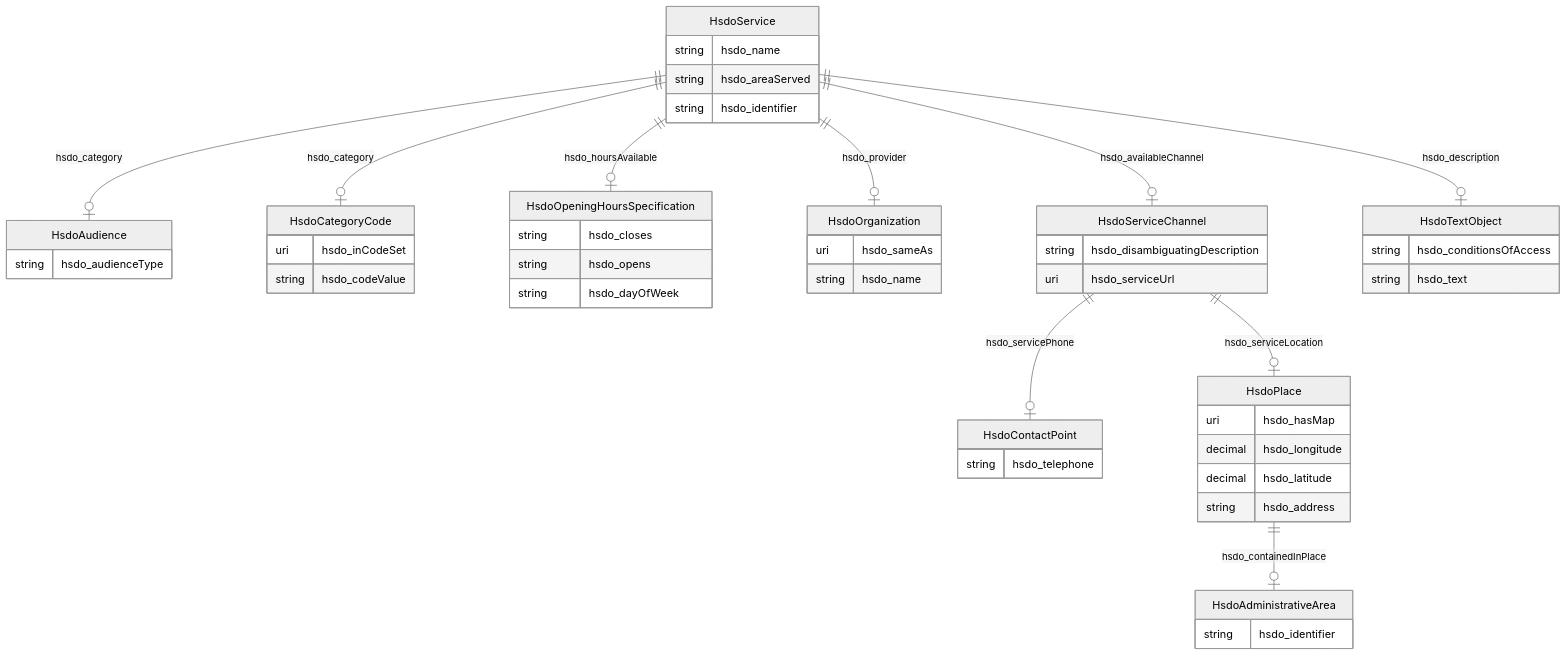
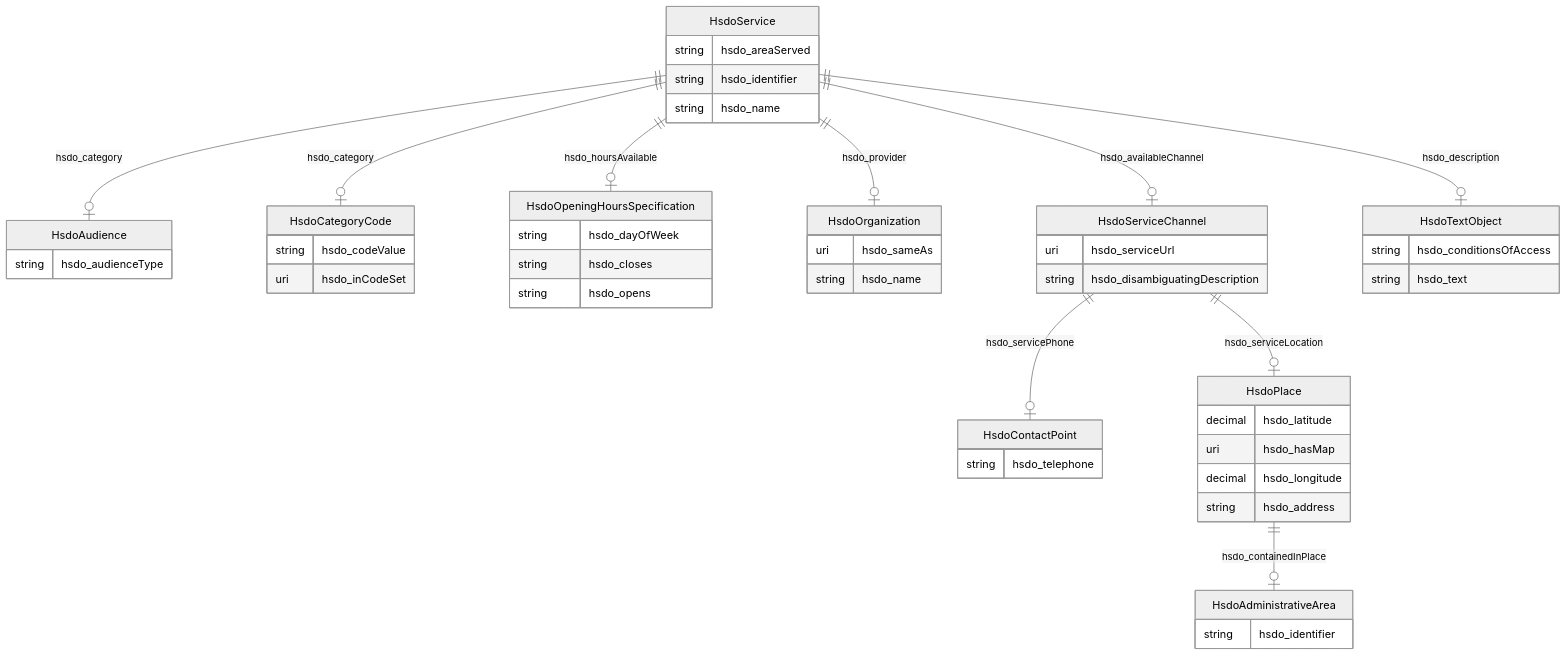
One commit to frink-okn/graph-descriptions changed the diagram in kg-name/README.md. Above: the diagram before and after it, drawn with Mermaid (neutral theme). The commit also changed other lines of this file and 6 other files, not shown here.

````diff
--- a/kg-name/README.md
+++ b/kg-name/README.md
@@ -9,55 +9,55 @@
 ```mermaid
 erDiagram
 HsdoAdministrativeArea {
     string hsdo_identifier  
 }
 HsdoAudience {
     string hsdo_audienceType  
 }
 HsdoCategoryCode {
+    string hsdo_codeValue  
     uri hsdo_inCodeSet  
-    string hsdo_codeValue  
 }
 HsdoContactPoint {
     string hsdo_telephone  
 }
 HsdoOpeningHoursSpecification {
+    string hsdo_dayOfWeek  
     string hsdo_closes  
     string hsdo_opens  
-    string hsdo_dayOfWeek  
 }
 HsdoOrganization {
     uri hsdo_sameAs  
     string hsdo_name  
 }
 HsdoPlace {
+    decimal hsdo_latitude  
     uri hsdo_hasMap  
     decimal hsdo_longitude  
-    decimal hsdo_latitude  
     string hsdo_address  
 }
 HsdoService {
-    string hsdo_name  
     string hsdo_areaServed  
     string hsdo_identifier  
+    string hsdo_name  
 }
 HsdoServiceChannel {
+    uri hsdo_serviceUrl  
     string hsdo_disambiguatingDescription  
-    uri hsdo_serviceUrl  
 }
 HsdoTextObject {
     string hsdo_conditionsOfAccess  
     string hsdo_text  
 }
 
 HsdoPlace ||--|o HsdoAdministrativeArea : "hsdo_containedInPlace"
-HsdoService ||--|o HsdoOrganization : "hsdo_provider"
+HsdoService ||--|o HsdoServiceChannel : "hsdo_availableChannel"
 HsdoService ||--|o HsdoOpeningHoursSpecification : "hsdo_hoursAvailable"
-HsdoService ||--|o HsdoServiceChannel : "hsdo_availableChannel"
 HsdoService ||--|o HsdoTextObject : "hsdo_description"
 HsdoService ||--|o HsdoAudience : "hsdo_category"
 HsdoService ||--|o HsdoCategoryCode : "hsdo_category"
+HsdoService ||--|o HsdoOrganization : "hsdo_provider"
 HsdoServiceChannel ||--|o HsdoContactPoint : "hsdo_servicePhone"
 HsdoServiceChannel ||--|o HsdoPlace : "hsdo_serviceLocation"
 
 ```
````
